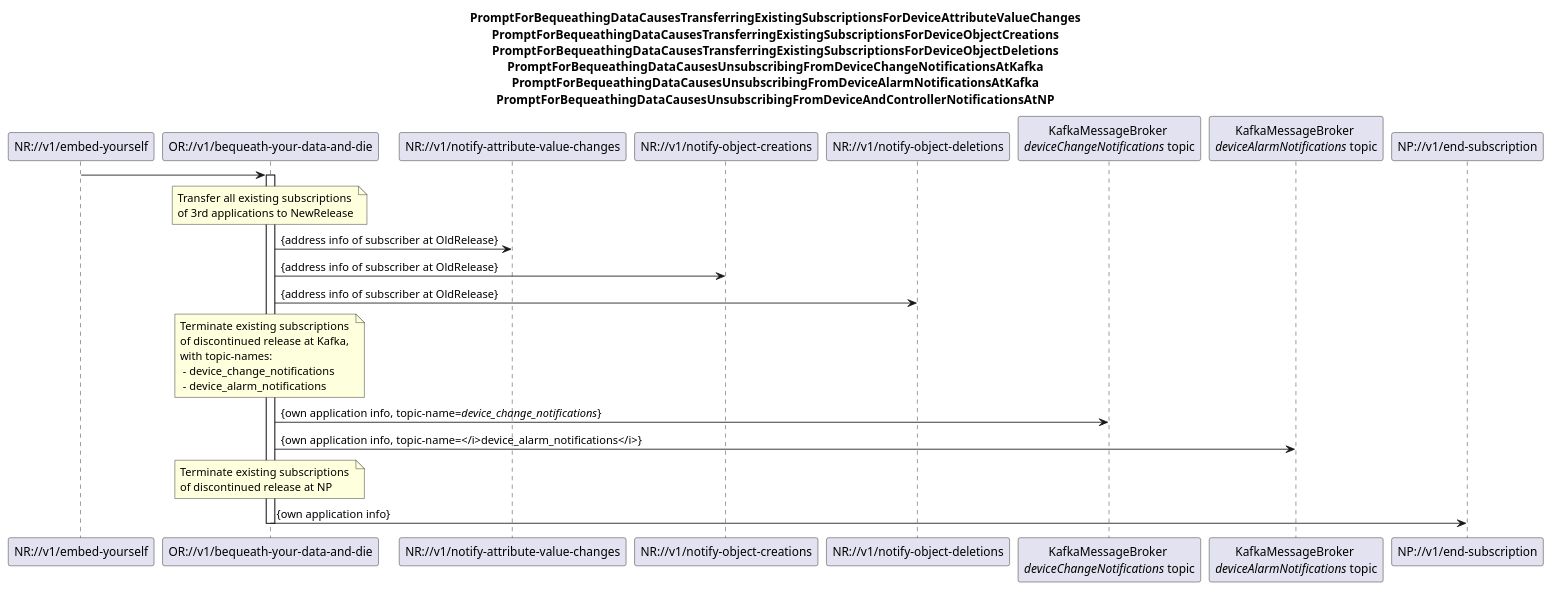
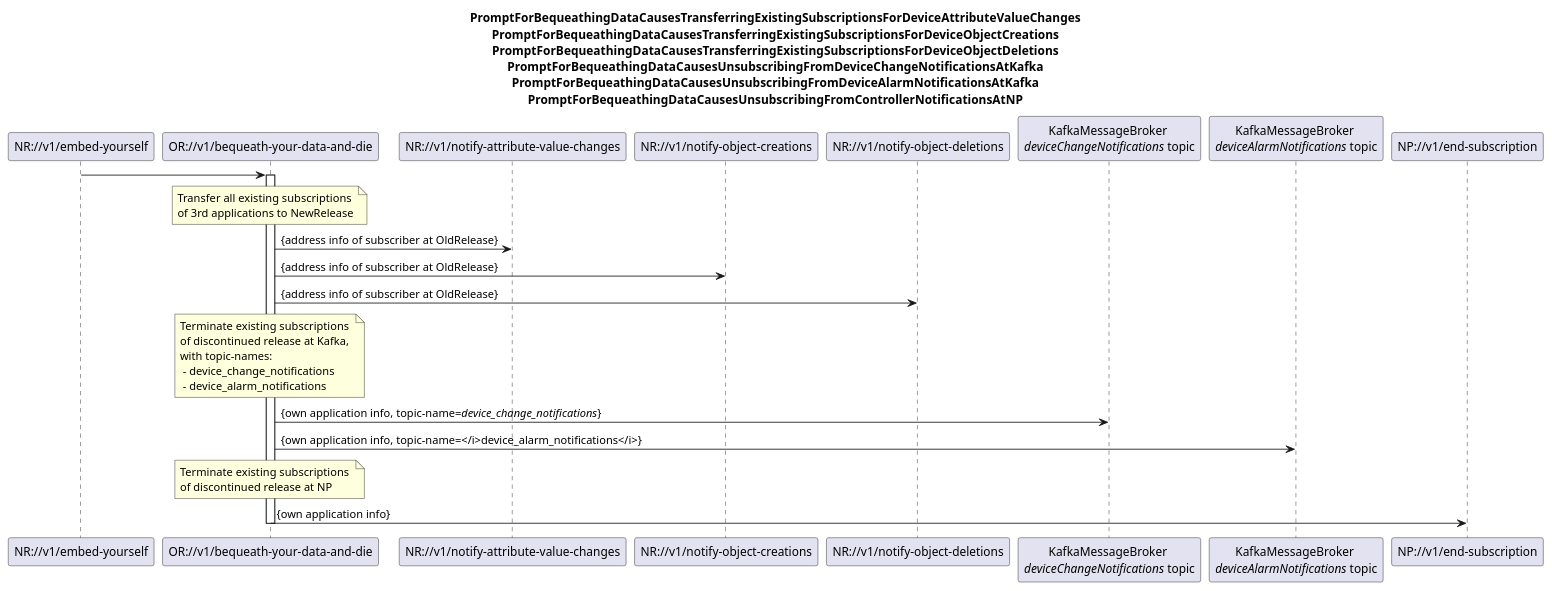
One commit to openBackhaul/MicroWaveDeviceInventory changed the diagram in spec/diagrams/09x_BequeathYourDataAndDie.plantuml. Above: the diagram before and after it, drawn with PlantUML. The commit also changed 5 other files, not shown here.

```diff
--- a/spec/diagrams/09x_BequeathYourDataAndDie.plantuml
+++ b/spec/diagrams/09x_BequeathYourDataAndDie.plantuml
@@ -1,53 +1,53 @@
 @startuml 09x_BequeathYourDataAndDie
 skinparam responseMessageBelowArrow true
 
 title
 PromptForBequeathingDataCausesTransferringExistingSubscriptionsForDeviceAttributeValueChanges
 PromptForBequeathingDataCausesTransferringExistingSubscriptionsForDeviceObjectCreations
 PromptForBequeathingDataCausesTransferringExistingSubscriptionsForDeviceObjectDeletions
 PromptForBequeathingDataCausesUnsubscribingFromDeviceChangeNotificationsAtKafka
 PromptForBequeathingDataCausesUnsubscribingFromDeviceAlarmNotificationsAtKafka
-PromptForBequeathingDataCausesUnsubscribingFromDeviceAndControllerNotificationsAtNP
+PromptForBequeathingDataCausesUnsubscribingFromControllerNotificationsAtNP
 end title
 
 participant "NR://v1/embed-yourself" as NewRelease
 participant "OR://v1/bequeath-your-data-and-die" as OldRelease
 participant "NR://v1/notify-attribute-value-changes" as notifyAttributeChange
 participant "NR://v1/notify-object-creations" as notifyObjectCreation
 participant "NR://v1/notify-object-deletions" as notifyObjectDeletion
 participant "KafkaMessageBroker \n<i>deviceChangeNotifications</i> topic" as endSubsriptionAtKafkaDev
 participant "KafkaMessageBroker \n<i>deviceAlarmNotifications</i> topic" as endSubsriptionAtKafkaAlarm
 participant "NP://v1/end-subscription" as endSubsriptionAtNp
 
 NewRelease -> OldRelease
 activate OldRelease
 
 note over OldRelease
 Transfer all existing subscriptions 
 of 3rd applications to NewRelease
 end note
 OldRelease -> notifyAttributeChange: {address info of subscriber at OldRelease}
 OldRelease -> notifyObjectCreation: {address info of subscriber at OldRelease}
 OldRelease -> notifyObjectDeletion: {address info of subscriber at OldRelease}
 
 note over OldRelease
 Terminate existing subscriptions 
 of discontinued release at Kafka,
 with topic-names:
  - device_change_notifications
  - device_alarm_notifications
 end note
 OldRelease -> endSubsriptionAtKafkaDev: {own application info, topic-name=<i>device_change_notifications</i>}
 OldRelease -> endSubsriptionAtKafkaAlarm: {own application info, topic-name=</i>device_alarm_notifications</i>}
 
 
 note over OldRelease
 Terminate existing subscriptions 
 of discontinued release at NP
 end note
 OldRelease -> endSubsriptionAtNp: {own application info}
 
 
 deactivate OldRelease
 
 @enduml
```
